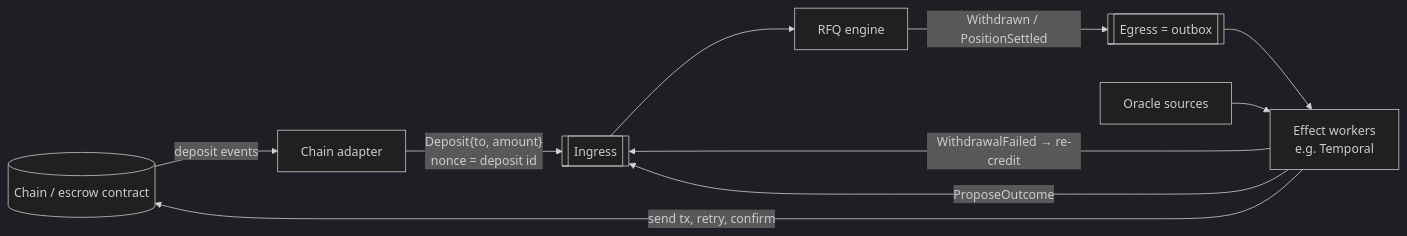
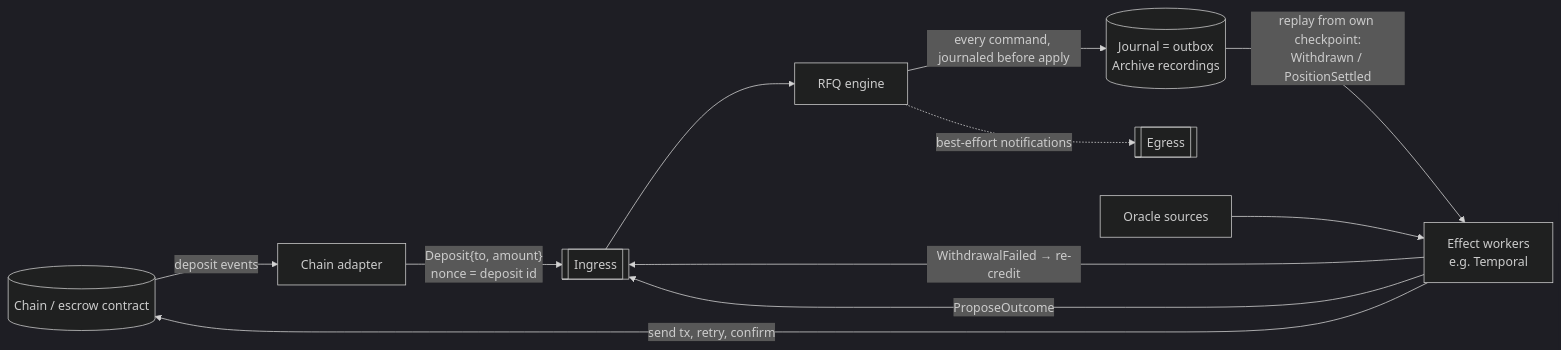
One commit to hmdsefi/rfq changed the sixth of 6 diagrams in docs/architecture/overview.md. Above: the diagram before and after it, drawn with Mermaid (dark theme). The commit also changed other lines of this file and 8 other files, not shown here.

````diff
--- a/docs/architecture/overview.md
+++ b/docs/architecture/overview.md
@@ -157,12 +157,13 @@
 ```mermaid
 flowchart LR
   CH[(Chain / escrow contract)] -- deposit events --> CA[Chain adapter]
   CA -- "Deposit{to, amount}<br/>nonce = deposit id" --> ING[[Ingress]]
   ING --> ENG[RFQ engine]
-  ENG -- "Withdrawn / PositionSettled" --> EGR[[Egress = outbox]]
-  EGR --> WF[Effect workers<br/>e.g. Temporal]
+  ENG -- "every command, journaled before apply" --> JRN[(Journal = outbox<br/>Archive recordings)]
+  JRN -- "replay from own checkpoint:<br/>Withdrawn / PositionSettled" --> WF[Effect workers<br/>e.g. Temporal]
+  ENG -. "best-effort notifications" .-> EGR[[Egress]]
   WF -- "send tx, retry, confirm" --> CH
   WF -- "WithdrawalFailed → re-credit" --> ING
   OR[Oracle sources] --> WF
   WF -- ProposeOutcome --> ING
 ```
````
